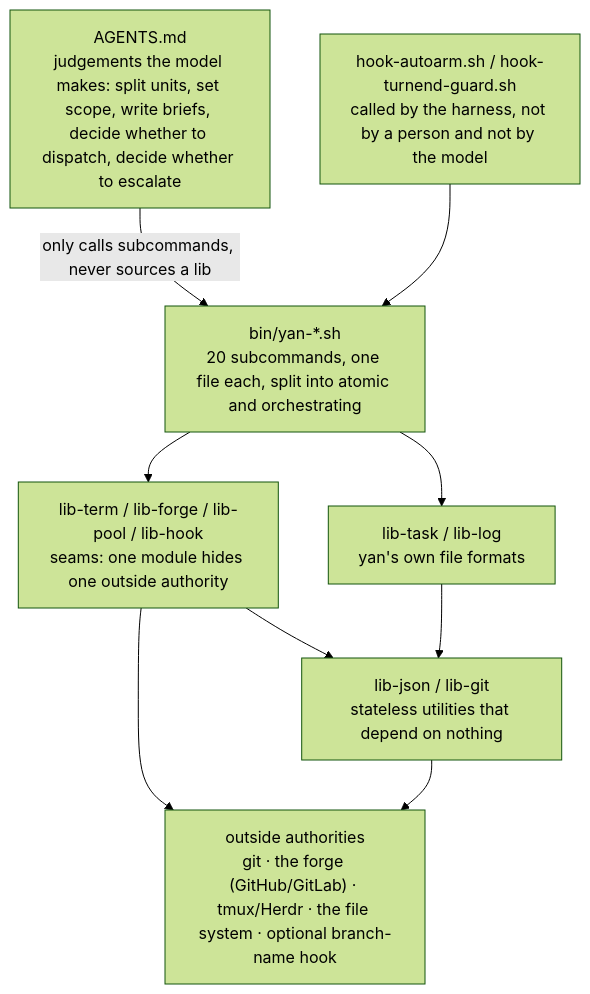
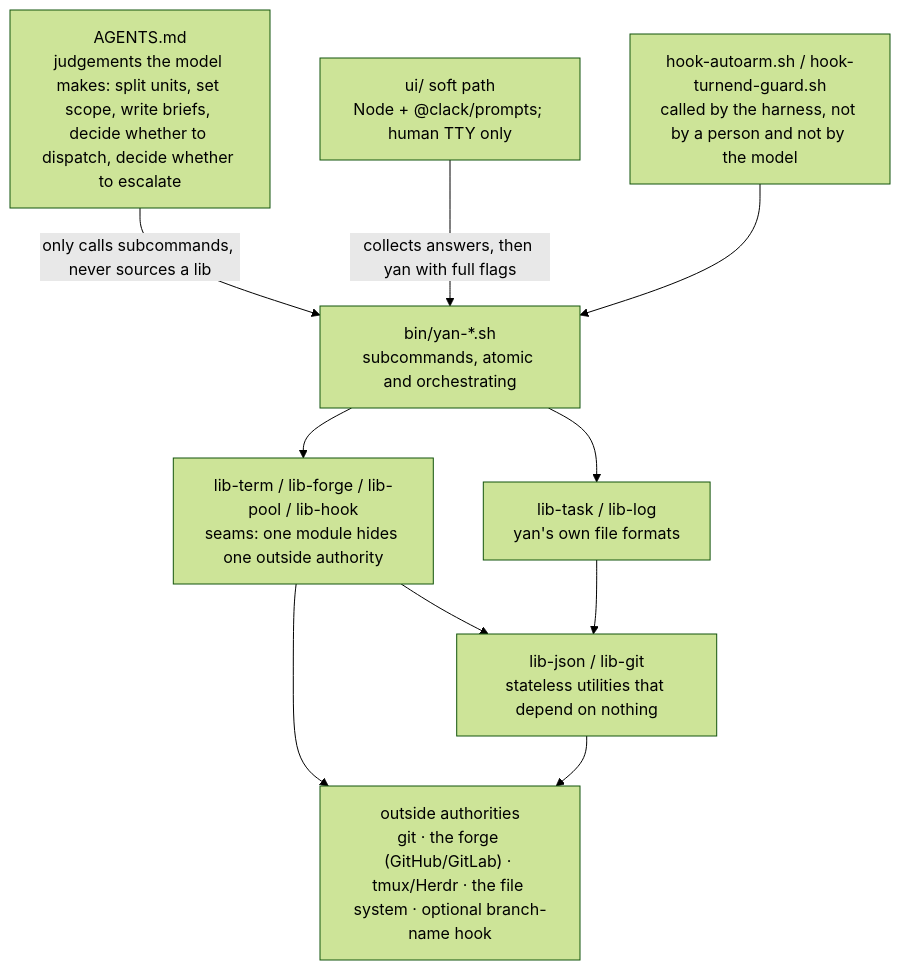
The diagram in docs/mvp/td/architecture.md (BoLiDev/Yan), drawn with Mermaid (forest theme) before and after one commit. The commit also changed other lines of this file and 5 other files, not shown here.

First line of the commit message:
docs: add Clack soft-path UX and rename start to continue

````diff
--- a/docs/mvp/td/architecture.md
+++ b/docs/mvp/td/architecture.md
@@ -22,19 +22,21 @@
 ```mermaid
 graph TD
     A["AGENTS.md<br/>judgements the model makes: split units, set scope, write briefs, decide whether to dispatch, decide whether to escalate"]
-    B["bin/yan-*.sh<br/>20 subcommands, one file each, split into atomic and orchestrating"]
+    U["ui/ soft path<br/>Node + @clack/prompts; human TTY only"]
+    B["bin/yan-*.sh<br/>subcommands, atomic and orchestrating"]
     H["hook-autoarm.sh / hook-turnend-guard.sh<br/>called by the harness, not by a person and not by the model"]
     C["lib-term / lib-forge / lib-pool / lib-hook<br/>seams: one module hides one outside authority"]
     D["lib-task / lib-log<br/>yan's own file formats"]
     E["lib-json / lib-git<br/>stateless utilities that depend on nothing"]
     F["outside authorities<br/>git · the forge (GitHub/GitLab) · tmux/Herdr · the file system · optional branch-name hook"]
 
     A -->|"only calls subcommands, never sources a lib"| B
+    U -->|"collects answers, then yan with full flags"| B
     H --> B
     B --> C
     B --> D
     C --> E
     D --> E
     C --> F
     E --> F
 ```
````
